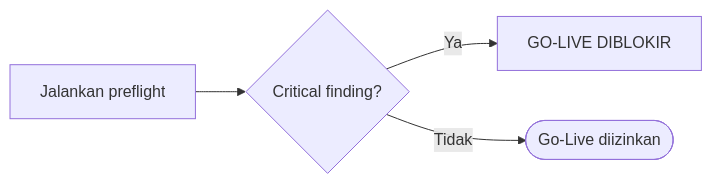
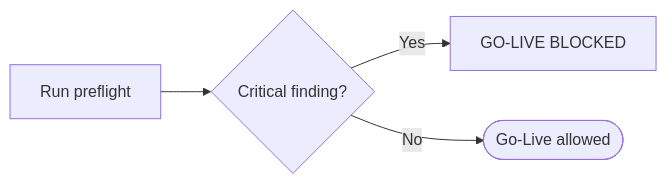
One commit to ahliweb/awcms changed the diagram in .claude/skills/awcms-production-preflight/SKILL.md. Above: the diagram before and after it, drawn with Mermaid. The commit also changed other lines of this file and 603 other files, not shown here.

````diff
--- a/.claude/skills/awcms-production-preflight/SKILL.md
+++ b/.claude/skills/awcms-production-preflight/SKILL.md
@@ -131,6 +133,6 @@
 ```mermaid
 flowchart LR
-  C[Jalankan preflight] --> F{Critical finding?}
-  F -- Ya --> Block[GO-LIVE DIBLOKIR]
-  F -- Tidak --> Ready([Go-Live diizinkan])
+  C[Run preflight] --> F{Critical finding?}
+  F -- Yes --> Block[GO-LIVE BLOCKED]
+  F -- No --> Ready([Go-Live allowed])
 ```
````
